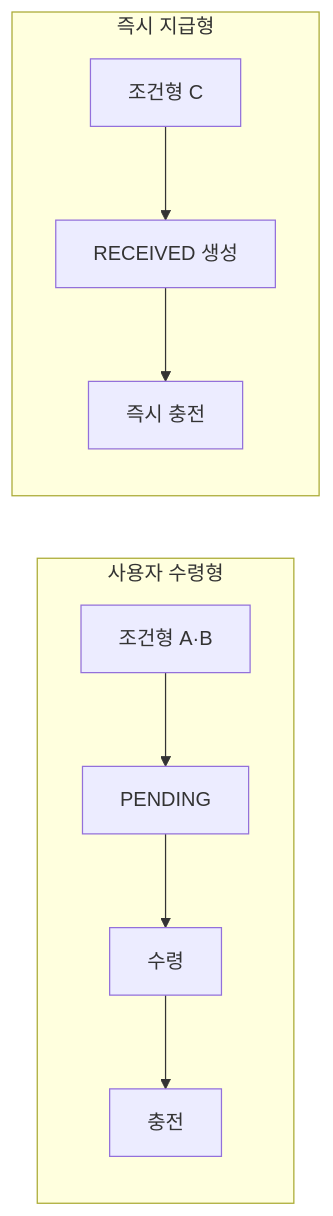
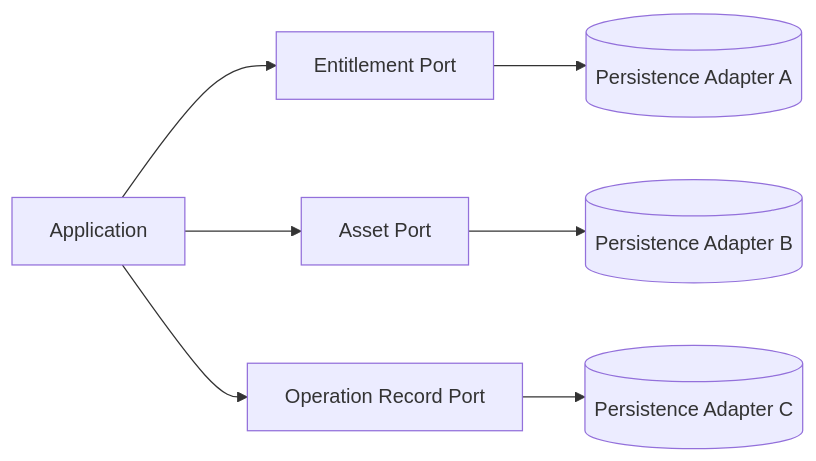
One commit to jiwon11/jiwon11.github.io changed the seventh of 7 diagrams in _posts/2026-03-20-reward-creation-receipt-charge-responsibility.md. Above: the diagram before and after it, drawn with Mermaid. The commit also changed other lines of this file and 4 other files, not shown here.

```diff
--- a/_posts/2026-03-20-reward-creation-receipt-charge-responsibility.md
+++ b/_posts/2026-03-20-reward-creation-receipt-charge-responsibility.md
@@ -550,13 +253,15 @@
 ~~~mermaid
 flowchart LR
-    subgraph Claimable["사용자 수령형"]
-        C["조건형 A·B"] --> P["PENDING"]
-        P --> R["수령"]
-        R --> D["충전"]
-    end
+    APP["Application"]
+    EP["Entitlement Port"]
+    AP["Asset Port"]
+    OP["Operation Record Port"]
 
-    subgraph Immediate["즉시 지급형"]
-        O["조건형 C"] --> I["RECEIVED 생성"]
-        I --> IC["즉시 충전"]
-    end
+    APP --> EP
+    APP --> AP
+    APP --> OP
+
+    EP --> EDB[("Persistence Adapter A")]
+    AP --> ADB[("Persistence Adapter B")]
+    OP --> ODB[("Persistence Adapter C")]
 ~~~
```
